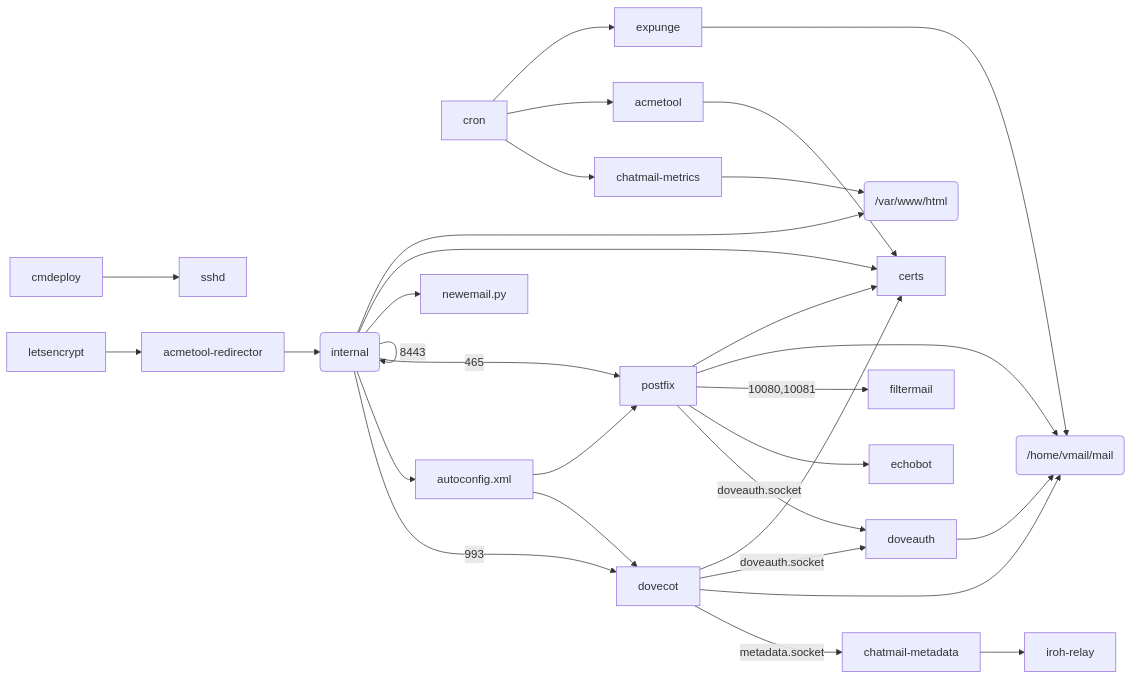
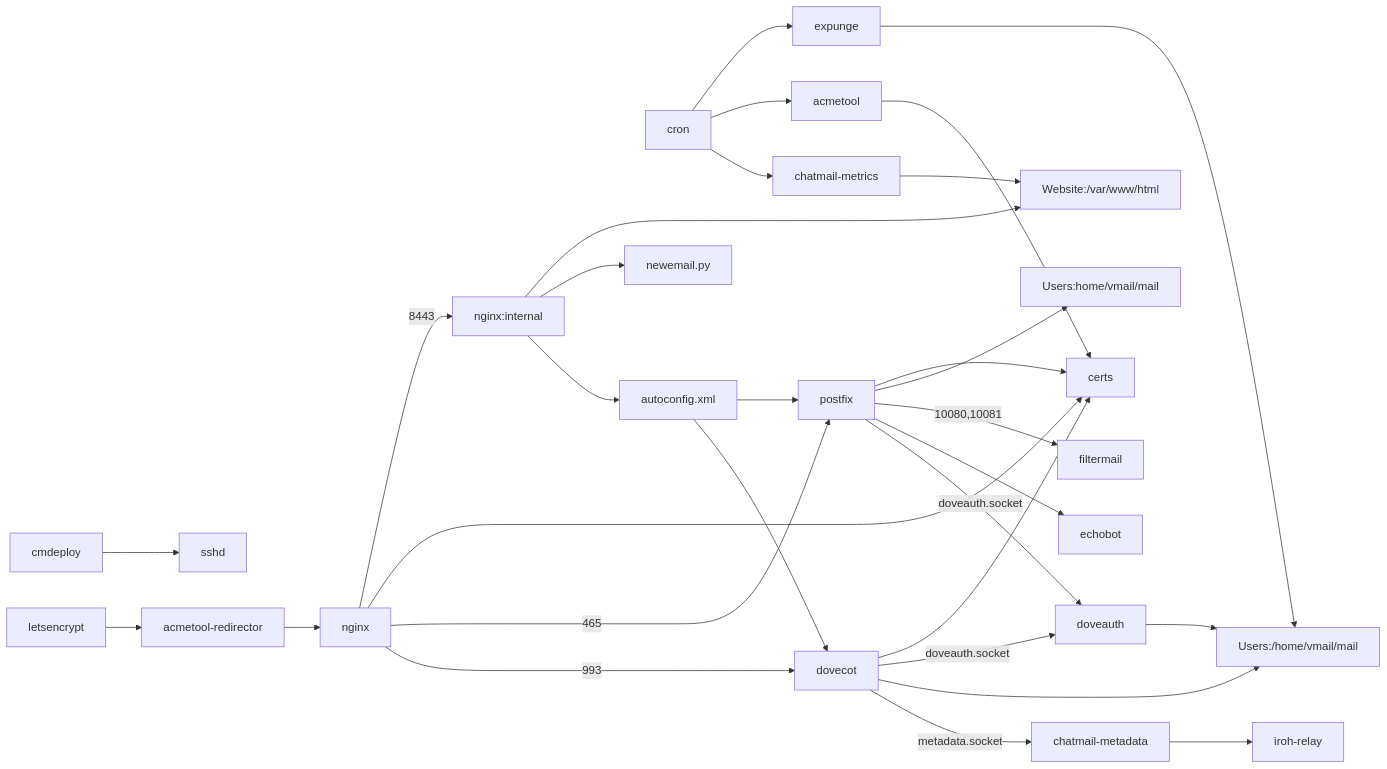
One commit to cliffmccarthy/chatmail-relay changed the diagram in ARCHITECTURE.md. Above: the diagram before and after it, drawn with Mermaid.

Commit message:
Try colons

````diff
--- a/ARCHITECTURE.md
+++ b/ARCHITECTURE.md
@@ -4,32 +4,32 @@
 ```mermaid
 graph LR;
     cmdeploy --> sshd;
     cron --> expunge;
     cron --> acmetool;
     cron --> chatmail-metrics;
-    chatmail-metrics --> Website(/var/www/html);
+    chatmail-metrics --> Website:/var/www/html;
     acmetool --> certs;
     letsencrypt --> acmetool-redirector;
     acmetool-redirector --> nginx;
-    nginx --> |8443|nginx(internal);
-    nginx(internal) --> Website(/var/www/html);
+    nginx --> |8443|nginx:internal;
+    nginx:internal --> Website:/var/www/html;
     nginx --> certs;
-    nginx(internal) --> newemail.py;
+    nginx:internal --> newemail.py;
     nginx --> |465|postfix;
-    nginx(internal) --> autoconfig.xml;
+    nginx:internal --> autoconfig.xml;
     nginx --> |993|dovecot;
     autoconfig.xml --> postfix;
     autoconfig.xml --> dovecot;
     postfix --> certs;
-    postfix --> Users(/home/vmail/mail);
+    postfix --> Users:home/vmail/mail;
     postfix --> |10080,10081|filtermail;
     postfix --> echobot;
     postfix --> |doveauth.socket|doveauth;
     dovecot --> certs;
     dovecot --> |doveauth.socket|doveauth;
-    dovecot --> Users(/home/vmail/mail);
+    dovecot --> Users:/home/vmail/mail;
     dovecot --> |metadata.socket|chatmail-metadata;
-    doveauth --> Users(/home/vmail/mail);
-    expunge --> Users(/home/vmail/mail);
+    doveauth --> Users:/home/vmail/mail;
+    expunge --> Users:/home/vmail/mail;
     chatmail-metadata --> iroh-relay;
 ```
````
